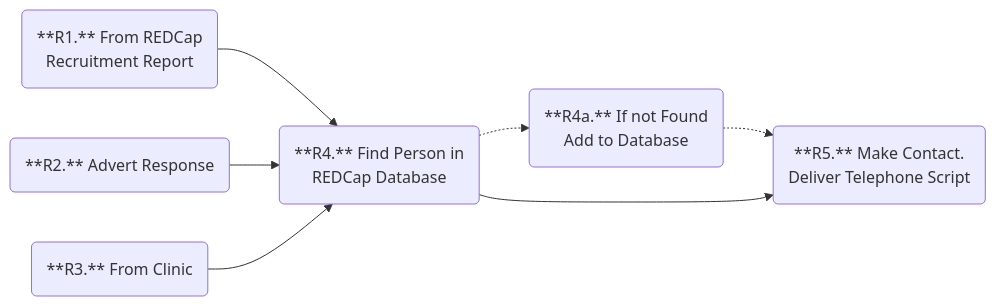
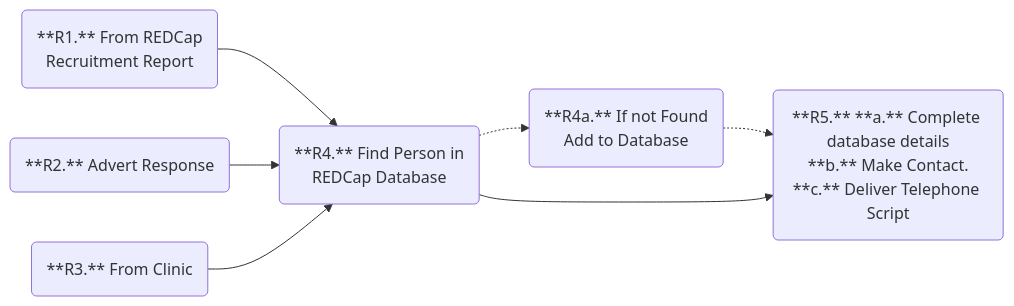
One commit to sh-publichealth/info-hub changed the first of 10 diagrams in site/our-work/tmr/visits/participant-flow.qmd. Above: the diagram before and after it, drawn with Mermaid. The commit also changed other lines of this file and 1 other file, not shown here.

Commit message:
Minor patient flow updates

````diff
--- a/site/our-work/tmr/visits/participant-flow.qmd
+++ b/site/our-work/tmr/visits/participant-flow.qmd
@@ -23,19 +23,19 @@
 ```{mermaid}
 %%| label: fig-mermaid-flowchart1
 %%| fig-cap: TMR Recruitment Process. Part 1 - First Contact
 %%| fig-alt: recruitment process, drawn using Mermaid.
 flowchart LR
 
 R1(**R1.** From REDCap<br/>Recruitment Report)
 R2(**R2.** Advert Response) 
 R3(**R3.** From Clinic)
 R4(**R4.** Find Person in<br/>REDCap Database)
 R4a(**R4a.** If not Found<br/>Add to Database)
-R5(**R5.** Make Contact.<br/>Deliver Telephone Script)
+R5(**R5.** **a.** Complete database details<br/>**b.** Make Contact.<br/>**c.** Deliver Telephone Script)
 R1 --> R4 
 R2 --> R4
 R3 --> R4
 R4 -.-> R4a
 R4a -.-> R5 
 R4 --> R5
 ```
````
